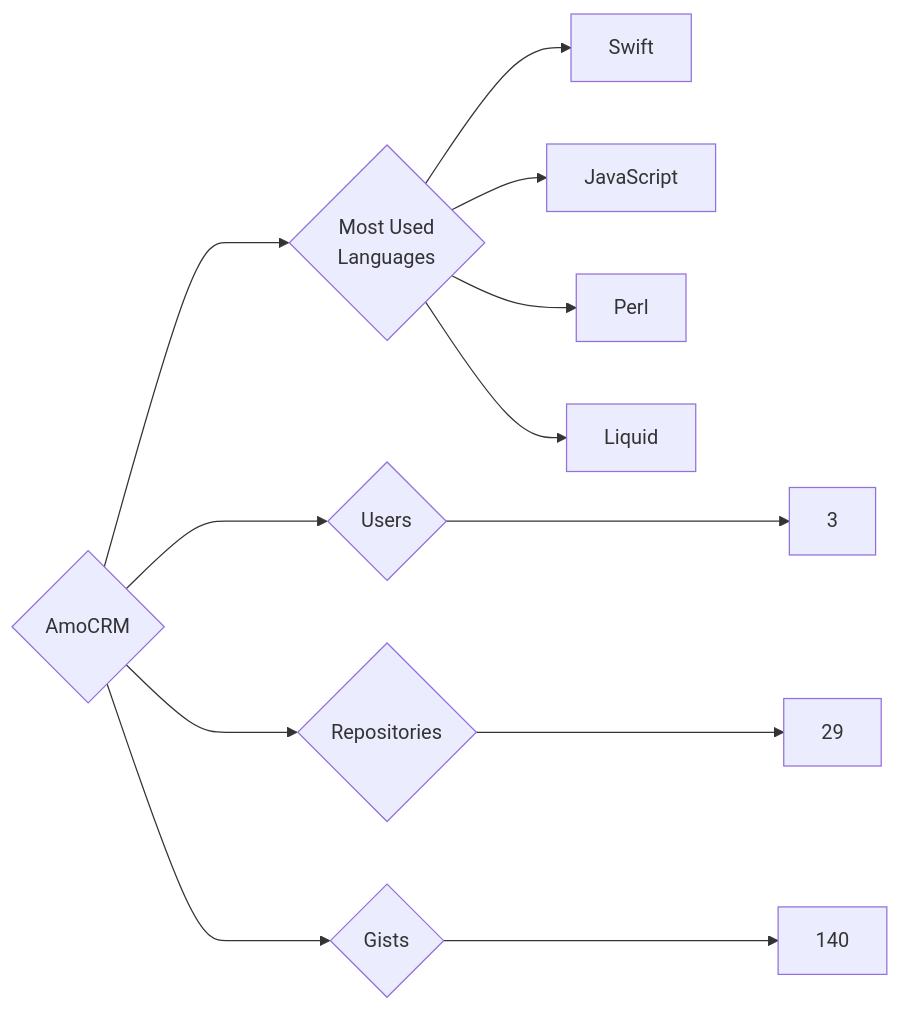
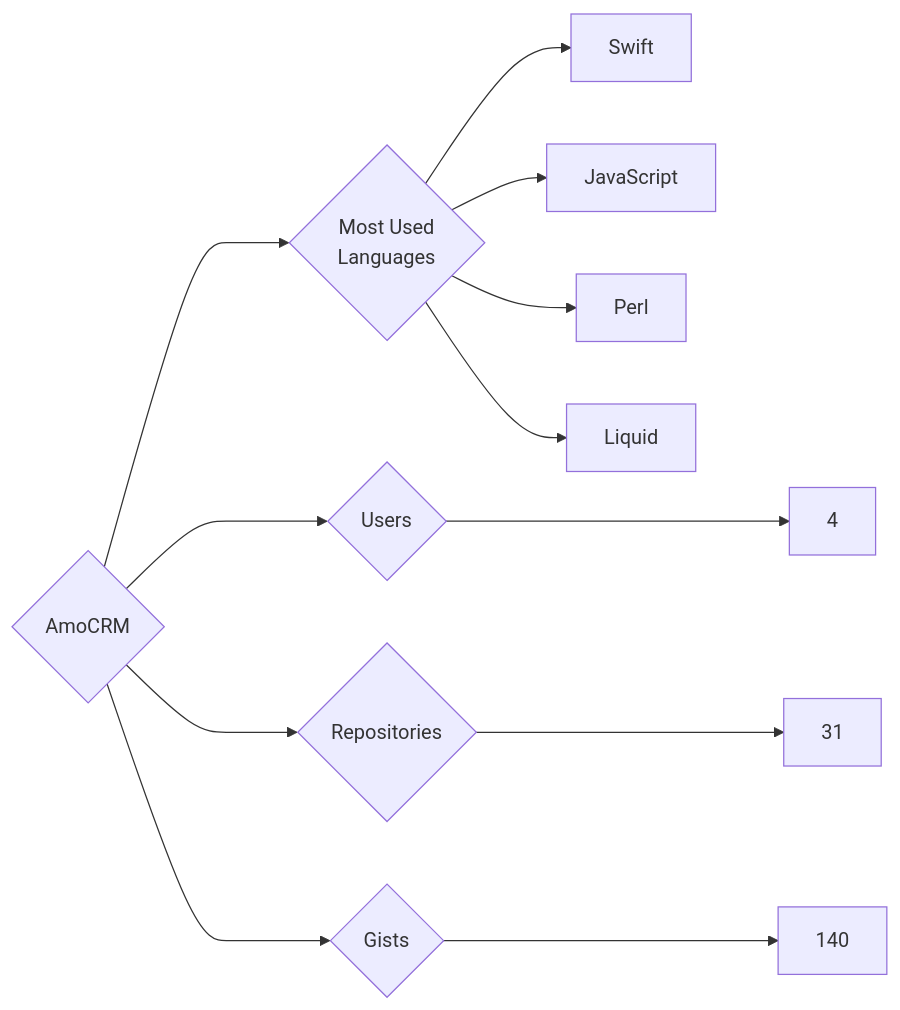
One commit to trickest/insiders changed the diagram in targets/AmoCRM/README.md. Above: the diagram before and after it, drawn with Mermaid. The commit also changed 882 other files, not shown here.

````diff
--- a/targets/AmoCRM/README.md
+++ b/targets/AmoCRM/README.md
@@ -3,12 +3,12 @@
 ```mermaid
 graph LR
 COMPANY_NAME{AmoCRM}
-COMPANY_NAME ---> U{Users} ---> UN[3]
-COMPANY_NAME ---> R{Repositories} ---> RN[29]
+COMPANY_NAME ---> U{Users} ---> UN[4]
+COMPANY_NAME ---> R{Repositories} ---> RN[31]
 COMPANY_NAME ---> G{Gists} ---> GN[140]
 COMPANY_NAME ---> ML{Most Used<br>Languages}
 ML --> Swift[Swift]
 ML --> JavaScript[JavaScript]
 ML --> Perl[Perl]
 ML --> Liquid[Liquid]
 ```
````
